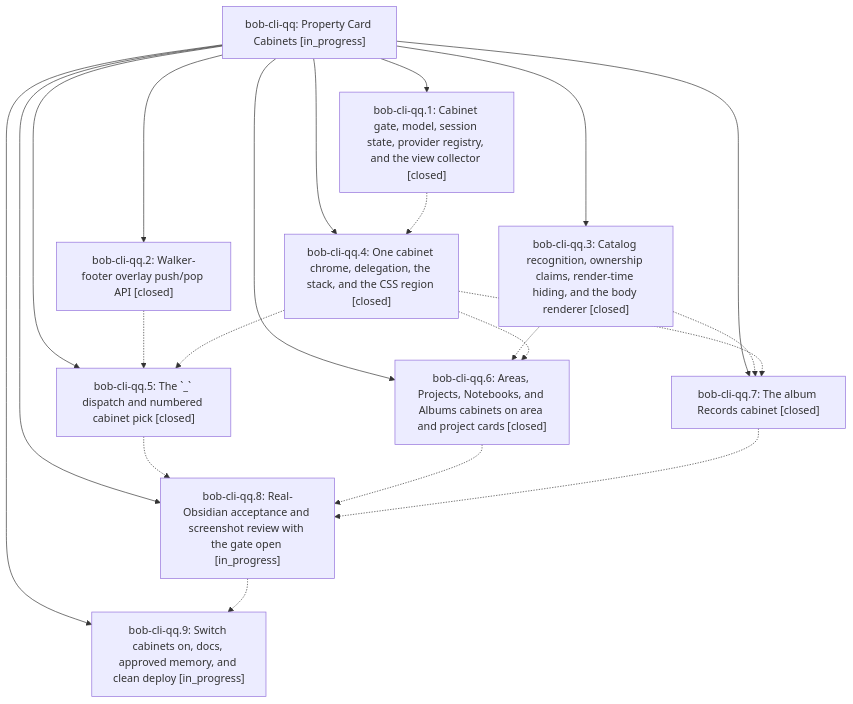
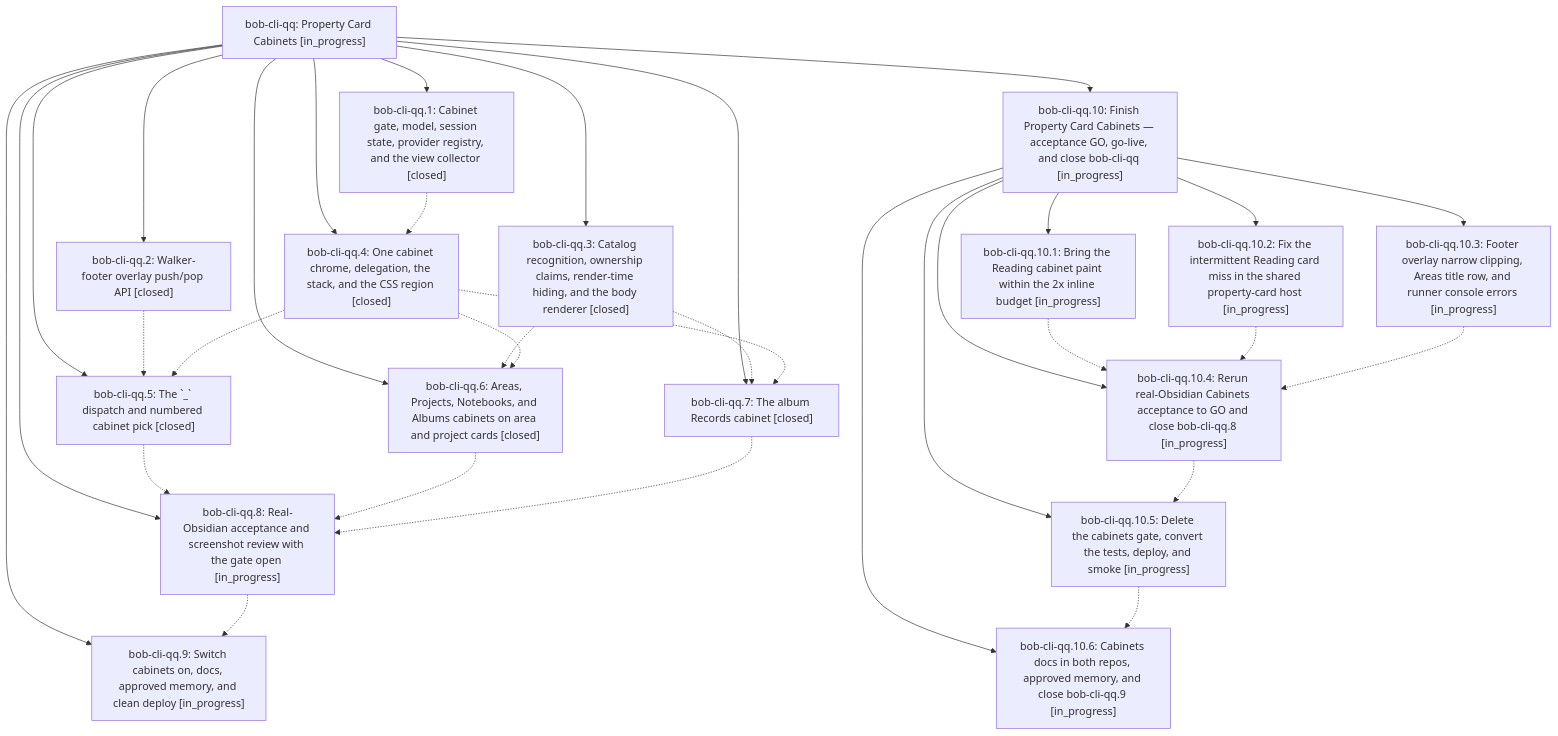
Before and after one commit to bobs-org/bob-cli--beads: the diagram in pages/bob-cli-qq/README.md, drawn with Mermaid. The commit also changed other lines of this file and 10 other files, not shown here.

First line of the commit message:
chore(beads): sync bead state and pages for bob-cli-qq

````diff
--- a/pages/bob-cli-qq/README.md
+++ b/pages/bob-cli-qq/README.md
@@ -48,33 +52,52 @@
 ```mermaid
 flowchart TD
     n0["bob-cli-qq: Property Card Cabinets [in_progress]"]
     n1["bob-cli-qq.1: Cabinet gate, model, session state, provider registry, and the view collector [closed]"]
-    n2["bob-cli-qq.2: Walker-footer overlay push/pop API [closed]"]
-    n3["bob-cli-qq.3: Catalog recognition, ownership claims, render-time hiding, and the body renderer [closed]"]
-    n4["bob-cli-qq.4: One cabinet chrome, delegation, the stack, and the CSS region [closed]"]
-    n5["bob-cli-qq.5: The `_` dispatch and numbered cabinet pick [closed]"]
-    n6["bob-cli-qq.6: Areas, Projects, Notebooks, and Albums cabinets on area and project cards [closed]"]
-    n7["bob-cli-qq.7: The album Records cabinet [closed]"]
-    n8["bob-cli-qq.8: Real-Obsidian acceptance and screenshot review with the gate open [in_progress]"]
-    n9["bob-cli-qq.9: Switch cabinets on, docs, approved memory, and clean deploy [in_progress]"]
+    n2["bob-cli-qq.10: Finish Property Card Cabinets — acceptance GO, go-live, and close bob-cli-qq [in_progress]"]
+    n3["bob-cli-qq.10.1: Bring the Reading cabinet paint within the 2x inline budget [in_progress]"]
+    n4["bob-cli-qq.10.2: Fix the intermittent Reading card miss in the shared property-card host [in_progress]"]
+    n5["bob-cli-qq.10.3: Footer overlay narrow clipping, Areas title row, and runner console errors [in_progress]"]
+    n6["bob-cli-qq.10.4: Rerun real-Obsidian Cabinets acceptance to GO and close bob-cli-qq.8 [in_progress]"]
+    n7["bob-cli-qq.10.5: Delete the cabinets gate, convert the tests, deploy, and smoke [in_progress]"]
+    n8["bob-cli-qq.10.6: Cabinets docs in both repos, approved memory, and close bob-cli-qq.9 [in_progress]"]
+    n9["bob-cli-qq.2: Walker-footer overlay push/pop API [closed]"]
+    n10["bob-cli-qq.3: Catalog recognition, ownership claims, render-time hiding, and the body renderer [closed]"]
+    n11["bob-cli-qq.4: One cabinet chrome, delegation, the stack, and the CSS region [closed]"]
+    n12["bob-cli-qq.5: The `_` dispatch and numbered cabinet pick [closed]"]
+    n13["bob-cli-qq.6: Areas, Projects, Notebooks, and Albums cabinets on area and project cards [closed]"]
+    n14["bob-cli-qq.7: The album Records cabinet [closed]"]
+    n15["bob-cli-qq.8: Real-Obsidian acceptance and screenshot review with the gate open [in_progress]"]
+    n16["bob-cli-qq.9: Switch cabinets on, docs, approved memory, and clean deploy [in_progress]"]
     n0 --> n1
     n0 --> n2
-    n0 --> n3
-    n0 --> n4
-    n0 --> n5
-    n0 --> n6
-    n0 --> n7
-    n0 --> n8
+    n2 --> n3
+    n2 --> n4
+    n2 --> n5
+    n2 --> n6
+    n2 --> n7
+    n2 --> n8
     n0 --> n9
-    n1 -.-> n4
-    n2 -.-> n5
+    n0 --> n10
+    n0 --> n11
+    n0 --> n12
+    n0 --> n13
+    n0 --> n14
+    n0 --> n15
+    n0 --> n16
+    n1 -.-> n11
     n3 -.-> n6
-    n3 -.-> n7
-    n4 -.-> n5
     n4 -.-> n6
-    n4 -.-> n7
-    n5 -.-> n8
-    n6 -.-> n8
+    n5 -.-> n6
+    n6 -.-> n7
     n7 -.-> n8
-    n8 -.-> n9
+    n9 -.-> n12
+    n10 -.-> n13
+    n10 -.-> n14
+    n11 -.-> n12
+    n11 -.-> n13
+    n11 -.-> n14
+    n12 -.-> n15
+    n13 -.-> n15
+    n14 -.-> n15
+    n15 -.-> n16
 ```
````
